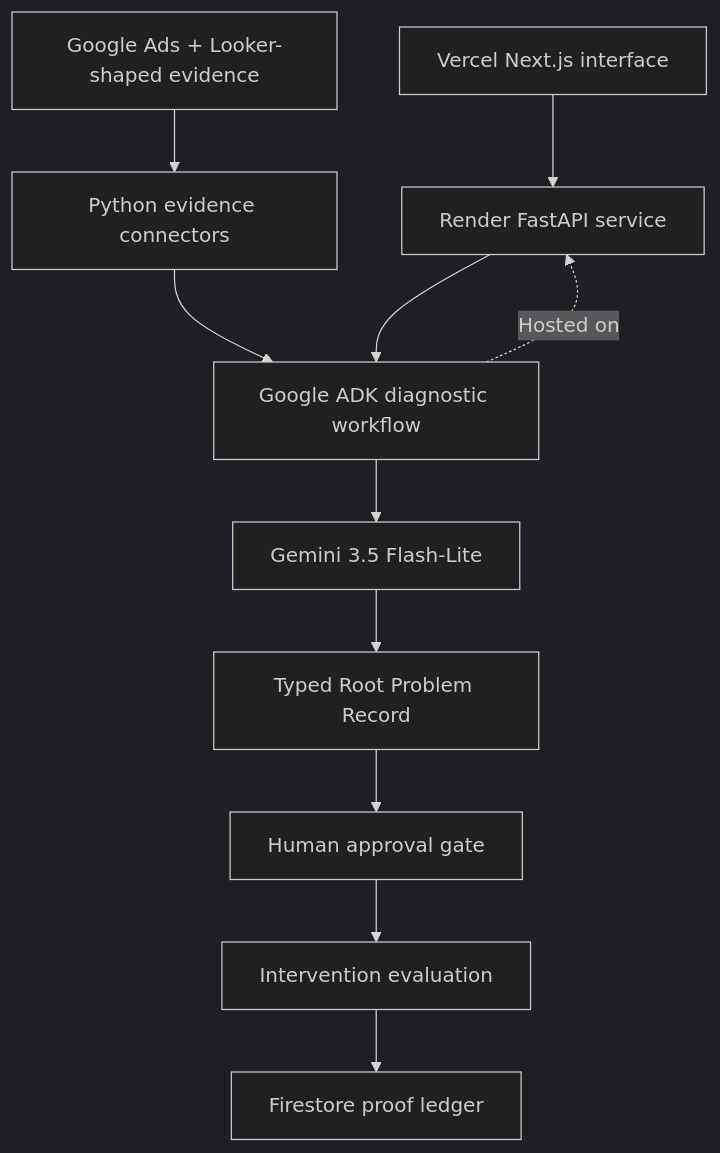
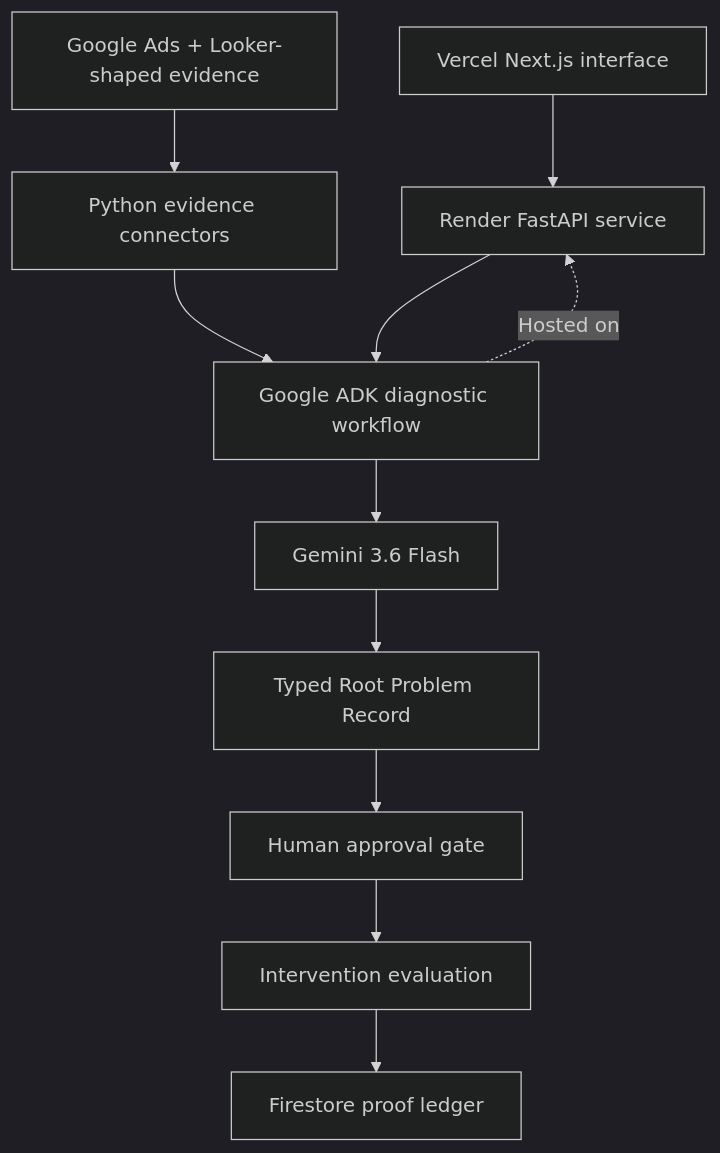
One commit to vivienk/proofloop changed the first of 2 diagrams in ARCHITECTURE.md. Above: the diagram before and after it, drawn with Mermaid (dark theme). The commit also changed 7 other files, not shown here.

Commit message:
Use Gemini 3.6 Flash across ProofLoop

````diff
--- a/ARCHITECTURE.md
+++ b/ARCHITECTURE.md
@@ -3,13 +3,13 @@
 ```mermaid
 flowchart TD
     A["Vercel Next.js interface"] --> B["Render FastAPI service"]
     C["Google Ads + Looker-shaped evidence"] --> D["Python evidence connectors"]
     D --> E["Google ADK diagnostic workflow"]
     B --> E
-    E --> F["Gemini 3.5 Flash-Lite"]
+    E --> F["Gemini 3.6 Flash"]
     F --> G["Typed Root Problem Record"]
     G --> H["Human approval gate"]
     H --> I["Intervention evaluation"]
     I --> J["Firestore proof ledger"]
     E -. "Hosted on" .-> B
 ```
````
